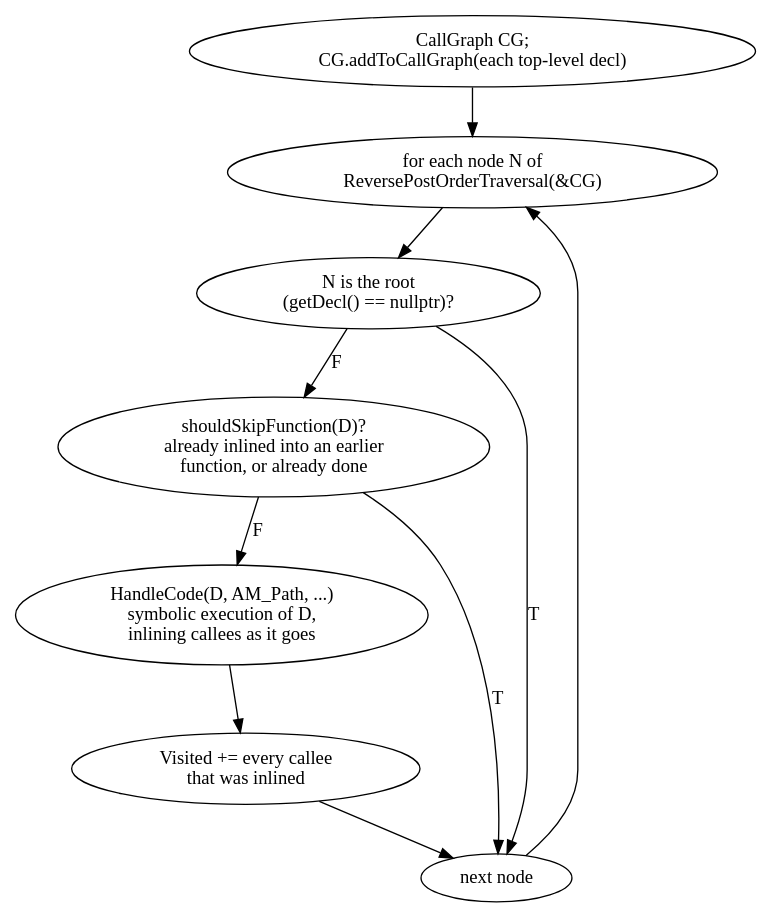
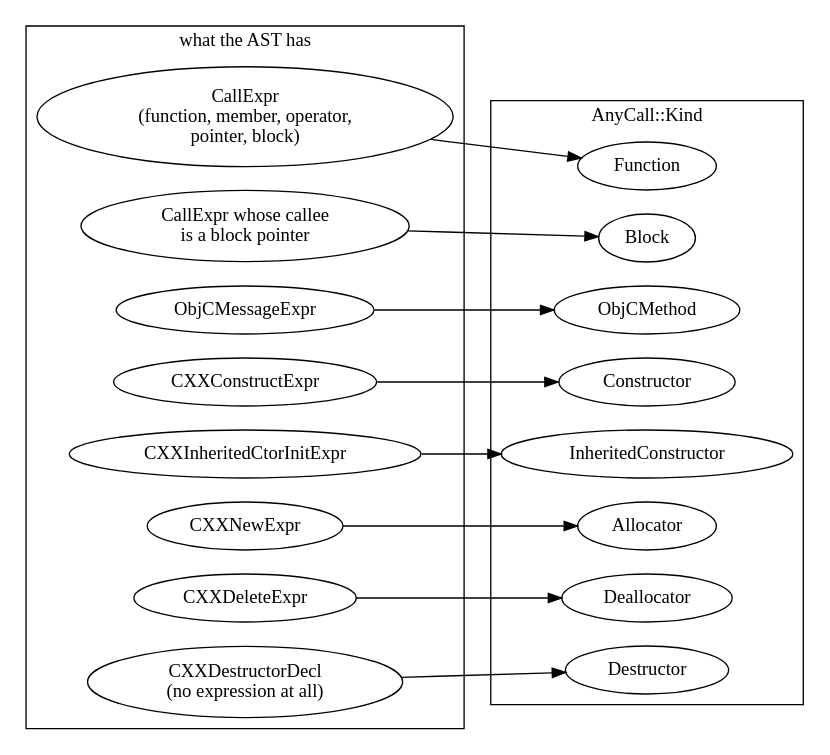
Before and after one commit to husams/clang-cfg-lab: the tenth of 12 diagrams in docs/part_8_call_graphs.md, drawn with Graphviz. The commit also changed other lines of this file and 10 other files, not shown here.

First line of the commit message:
Call graph track: Parts 8-11 with interactive graph views

````diff
--- a/docs/part_8_call_graphs.md
+++ b/docs/part_8_call_graphs.md
@@ -1205,23 +1339,40 @@
 ```dot
-digraph cg_analyzer_order {
-  rankdir=TB;
+digraph cg_anycall {
+  rankdir=LR;
 
-  build [label="CallGraph CG;\nCG.addToCallGraph(each top-level decl)", class="api"];
-  rpo [label="for each node N of\nReversePostOrderTraversal(&CG)", class="api hl"];
-  root [label="N is the root\n(getDecl() == nullptr)?", class="cond"];
-  skip [label="shouldSkipFunction(D)?\nalready inlined into an earlier\nfunction, or already done", class="cond"];
-  code [label="HandleCode(D, AM_Path, ...)\nsymbolic execution of D,\ninlining callees as it goes", class="api"];
-  visited [label="Visited += every callee\nthat was inlined", class="data"];
-  next [label="next node", class="dim"];
+  subgraph cluster_expr {
+    label="what the AST has";
+    class="group";
+    ce [label="CallExpr\n(function, member, operator,\npointer, block)", class="api"];
+    cebp [label="CallExpr whose callee\nis a block pointer", class="api"];
+    ome [label="ObjCMessageExpr", class="api"];
+    cce [label="CXXConstructExpr", class="api"];
+    cic [label="CXXInheritedCtorInitExpr", class="api"];
+    cne [label="CXXNewExpr", class="api"];
+    cde [label="CXXDeleteExpr", class="api"];
+    dd [label="CXXDestructorDecl\n(no expression at all)", class="api dim"];
+  }
 
-  build -> rpo;
-  rpo -> root;
-  root -> next [label="T", class="t"];
-  root -> skip [label="F", class="f"];
-  skip -> next [label="T", class="t"];
-  skip -> code [label="F", class="f"];
-  code -> visited;
-  visited -> next;
-  next -> rpo [class="back"];
+  subgraph cluster_kind {
+    label="AnyCall::Kind";
+    class="group";
+    k_fn [label="Function", class="data"];
+    k_bl [label="Block", class="data"];
+    k_oc [label="ObjCMethod", class="data"];
+    k_co [label="Constructor", class="data"];
+    k_ic [label="InheritedConstructor", class="data"];
+    k_al [label="Allocator", class="data"];
+    k_de [label="Deallocator", class="data"];
+    k_ds [label="Destructor", class="data"];
+  }
+
+  ce -> k_fn [class="weak"];
+  cebp -> k_bl [class="weak"];
+  ome -> k_oc [class="weak"];
+  cce -> k_co [class="weak"];
+  cic -> k_ic [class="weak"];
+  cne -> k_al [class="weak"];
+  cde -> k_de [class="weak"];
+  dd -> k_ds [class="weak"];
 }
 ```
````
